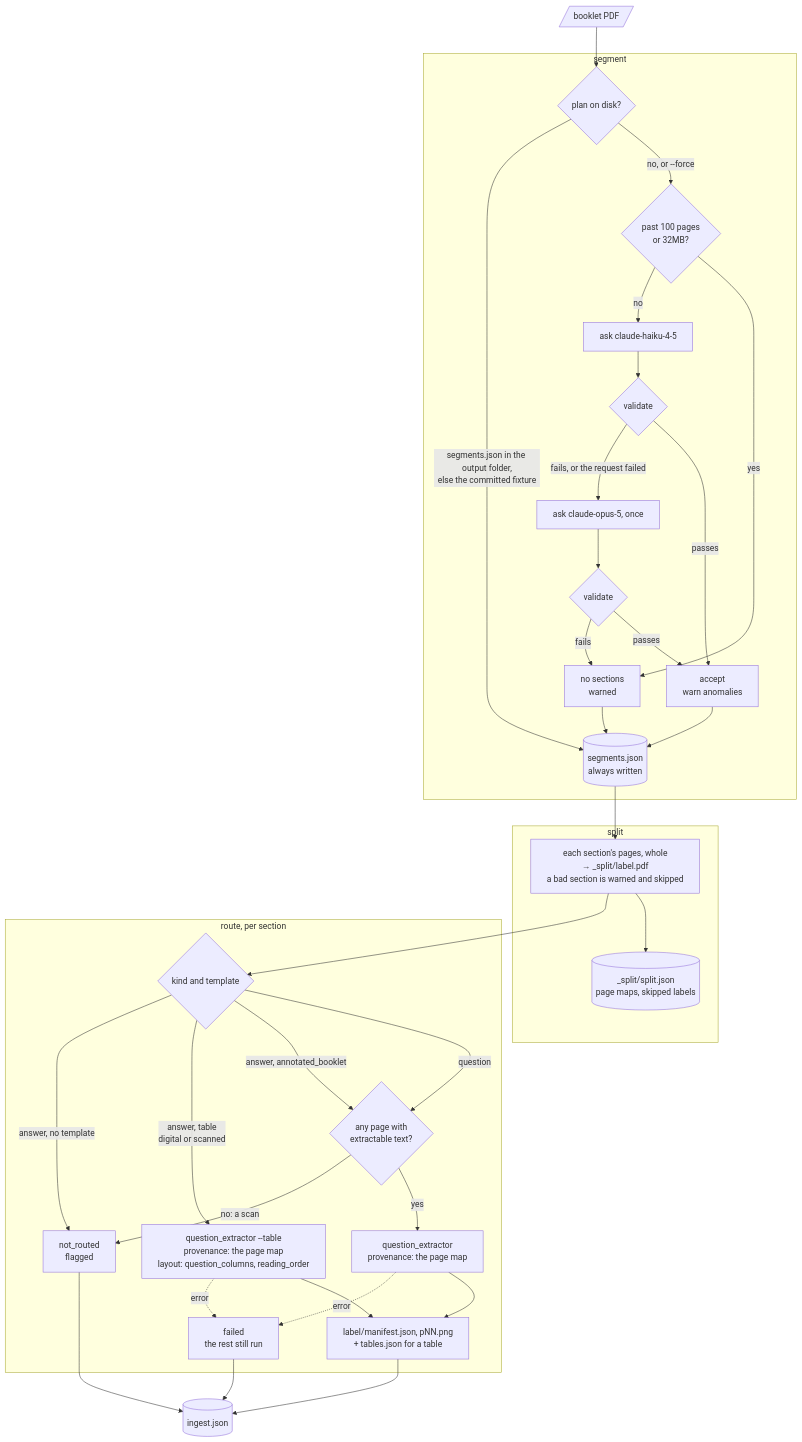
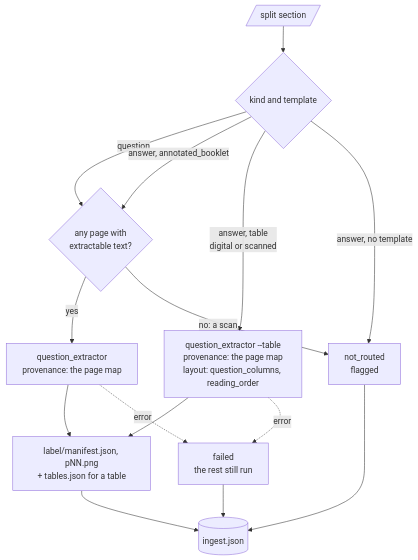
Before and after one commit to billyhoce/PilloraQuestionBank: the fourth of 4 diagrams in ingestion/ingester/README.md, drawn with Mermaid. The commit also changed other lines of this file and 1 other file, not shown here.

````diff
--- a/ingestion/ingester/README.md
+++ b/ingestion/ingester/README.md
@@ -33,60 +96,27 @@
 ```mermaid
-%%{init: {"flowchart": {"wrappingWidth": 400}}}%%
 flowchart TD
-    pdf[/"booklet PDF"/]
+    sec[/"split section"/]
+    kind{"kind and template"}
+    hastext{"any page with<br/>extractable text?"}
+    qp["question_extractor<br/>provenance: the page map"]
+    tp["question_extractor --table<br/>provenance: the page map<br/>layout: question_columns, reading_order"]
+    nr["not_routed<br/>flagged"]
+    res["label/manifest.json, pNN.png<br/>+ tables.json for a table"]
+    fail["failed<br/>the rest still run"]
+    rep[("ingest.json")]
 
-    subgraph SEG["segment"]
-        reuse{"plan on disk?"}
-        size{"past 100 pages<br/>or 32MB?"}
-        ask1["ask claude-haiku-4-5"]
-        val1{"validate"}
-        ask2["ask claude-opus-5, once"]
-        val2{"validate"}
-        anom["accept<br/>warn anomalies"]
-        empty["no sections<br/>warned"]
-        plan[("segments.json<br/>always written")]
-        reuse -->|"no, or --force"| size
-        size -->|"yes"| empty
-        size -->|"no"| ask1 --> val1
-        val1 -->|"passes"| anom
-        val1 -->|"fails, or the request failed"| ask2 --> val2
-        val2 -->|"passes"| anom
-        val2 -->|"fails"| empty
-        reuse -->|"segments.json in the output folder,<br/>else the committed fixture"| plan
-        anom --> plan
-        empty --> plan
-    end
-
-    subgraph SPL["split"]
-        cut["each section's pages, whole<br/>→ _split/label.pdf<br/>a bad section is warned and skipped"]
-        sj[("_split/split.json<br/>page maps, skipped labels")]
-        cut --> sj
-    end
-
-    subgraph RTE["route, per section"]
-        kind{"kind and template"}
-        hastext{"any page with<br/>extractable text?"}
-        qp["question_extractor<br/>provenance: the page map"]
-        tp["question_extractor --table<br/>provenance: the page map<br/>layout: question_columns, reading_order"]
-        nr["not_routed<br/>flagged"]
-        res["label/manifest.json, pNN.png<br/>+ tables.json for a table"]
-        fail["failed<br/>the rest still run"]
-        kind -->|"question"| hastext
-        kind -->|"answer, annotated_booklet"| hastext
-        kind -->|"answer, table<br/>digital or scanned"| tp
-        kind -->|"answer, no template"| nr
-        hastext -->|"yes"| qp
-        hastext -->|"no: a scan"| nr
-        qp --> res
-        tp --> res
-        qp -. "error" .-> fail
-        tp -. "error" .-> fail
-    end
-
-    pdf --> reuse
-    plan --> cut
-    cut --> kind
-    res --> rep[("ingest.json")]
+    sec --> kind
+    kind -->|"question"| hastext
+    kind -->|"answer, annotated_booklet"| hastext
+    kind -->|"answer, table<br/>digital or scanned"| tp
+    kind -->|"answer, no template"| nr
+    hastext -->|"yes"| qp
+    hastext -->|"no: a scan"| nr
+    qp --> res
+    tp --> res
+    qp -. "error" .-> fail
+    tp -. "error" .-> fail
+    res --> rep
     nr --> rep
     fail --> rep
 ```
````
